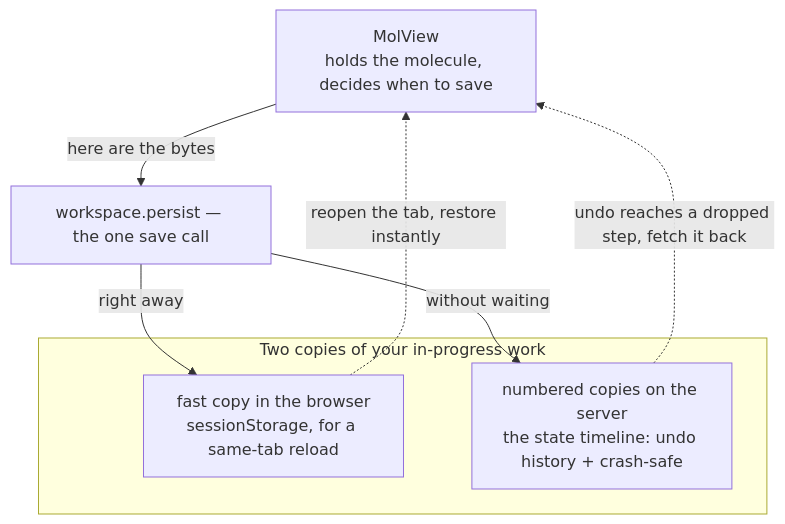
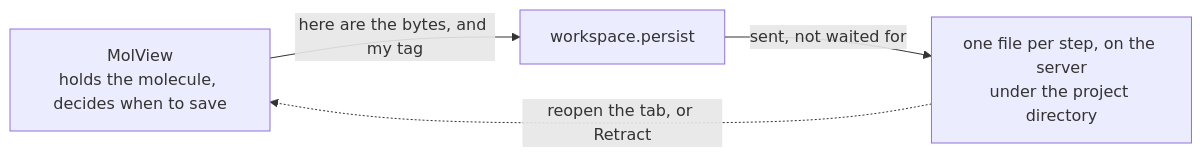
One commit to Qing-LAB/molbuilder changed the diagram in docs/web/workspace.md. Above: the diagram before and after it, drawn with Mermaid. The commit also changed other lines of this file and 34 other files, not shown here.

````diff
--- a/docs/web/workspace.md
+++ b/docs/web/workspace.md
@@ -43,14 +46,9 @@
 ```mermaid
-flowchart TB
+flowchart LR
     MV["MolView<br/>holds the molecule, decides when to save"]
-    WS["workspace.persist — the one save call"]
-    subgraph copies["Two copies of your in-progress work"]
-      BR["fast copy in the browser<br/>sessionStorage, for a same-tab reload"]
-      SRV["numbered copies on the server<br/>the state timeline: undo history + crash-safe"]
-    end
-    MV -->|"here are the bytes"| WS
-    WS -->|"right away"| BR
-    WS -->|"without waiting"| SRV
-    BR -.->|"reopen the tab, restore instantly"| MV
-    SRV -.->|"undo reaches a dropped step, fetch it back"| MV
+    WS["workspace.persist"]
+    F["one file per step, on the server<br/>under the project directory"]
+    MV -->|"here are the bytes, and my tag"| WS
+    WS -->|"sent, not waited for"| F
+    F -.->|"reopen the tab, or Retract"| MV
 ```
````
